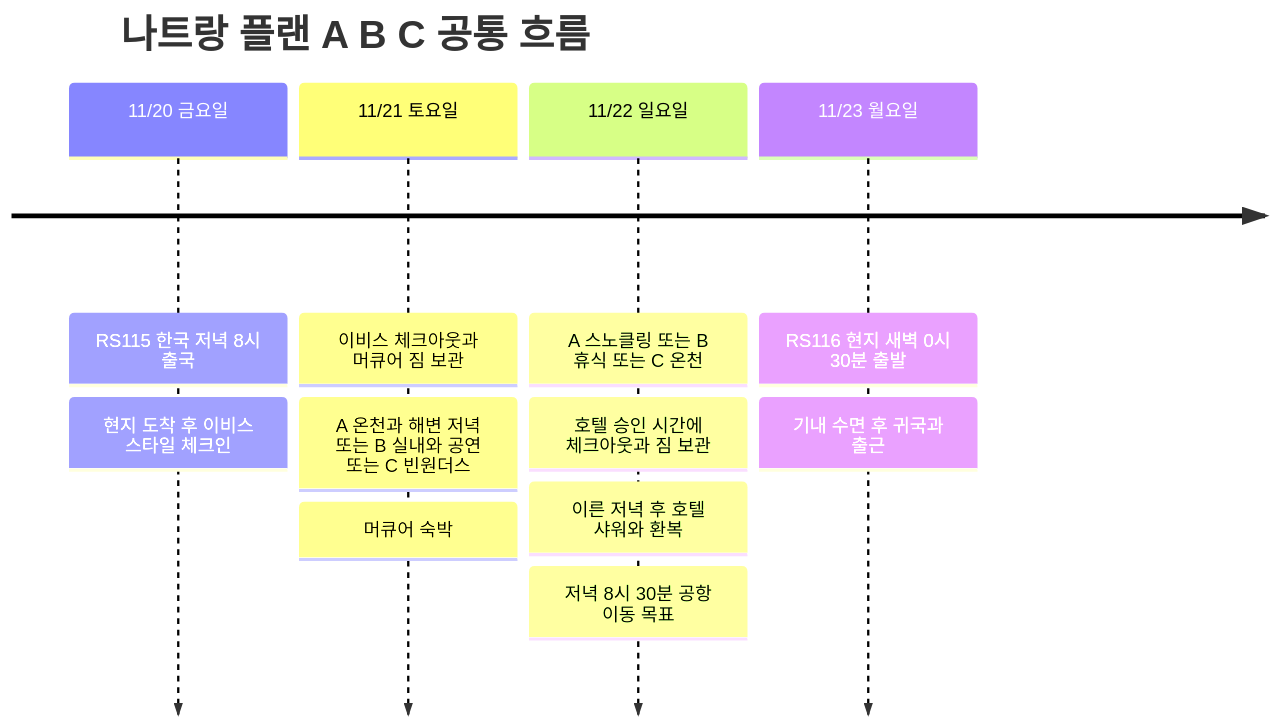
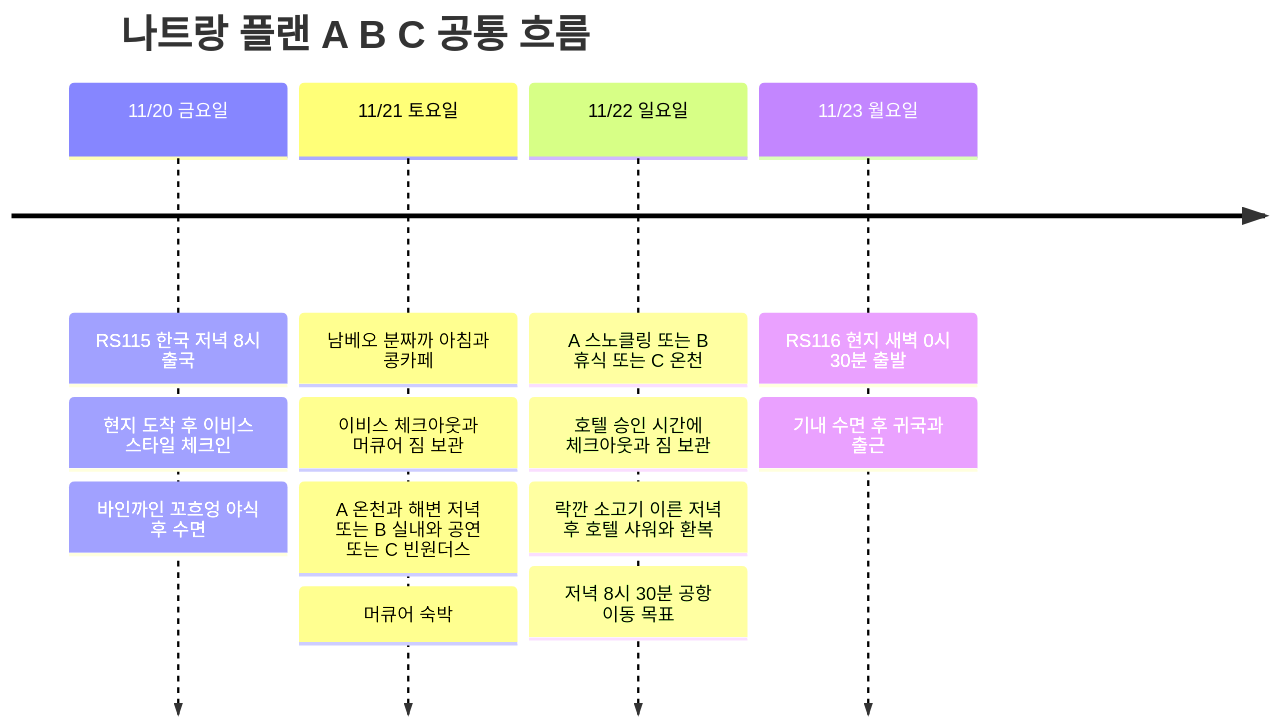
One commit to gongdongho12/commit-map changed the diagram in src/content/posts/2026-11-20-nha-trang.md. Above: the diagram before and after it, drawn with Mermaid. The commit also changed other lines of this file and 3 other files, not shown here.

````diff
--- a/src/content/posts/2026-11-20-nha-trang.md
+++ b/src/content/posts/2026-11-20-nha-trang.md
@@ -83,15 +171,17 @@
 ```mermaid
 timeline
   title 나트랑 플랜 A B C 공통 흐름
   11/20 금요일 : RS115 한국 저녁 8시 출국
                 : 현지 도착 후 이비스 스타일 체크인
-  11/21 토요일 : 이비스 체크아웃과 머큐어 짐 보관
+                : 바인까인 꼬흐엉 야식 후 수면
+  11/21 토요일 : 남베오 분짜까 아침과 콩카페
+                : 이비스 체크아웃과 머큐어 짐 보관
                 : A 온천과 해변 저녁 또는 B 실내와 공연 또는 C 빈원더스
                 : 머큐어 숙박
   11/22 일요일 : A 스노클링 또는 B 휴식 또는 C 온천
                 : 호텔 승인 시간에 체크아웃과 짐 보관
-                : 이른 저녁 후 호텔 샤워와 환복
+                : 락깐 소고기 이른 저녁 후 호텔 샤워와 환복
                 : 저녁 8시 30분 공항 이동 목표
   11/23 월요일 : RS116 현지 새벽 0시 30분 출발
                 : 기내 수면 후 귀국과 출근
 ```
````
